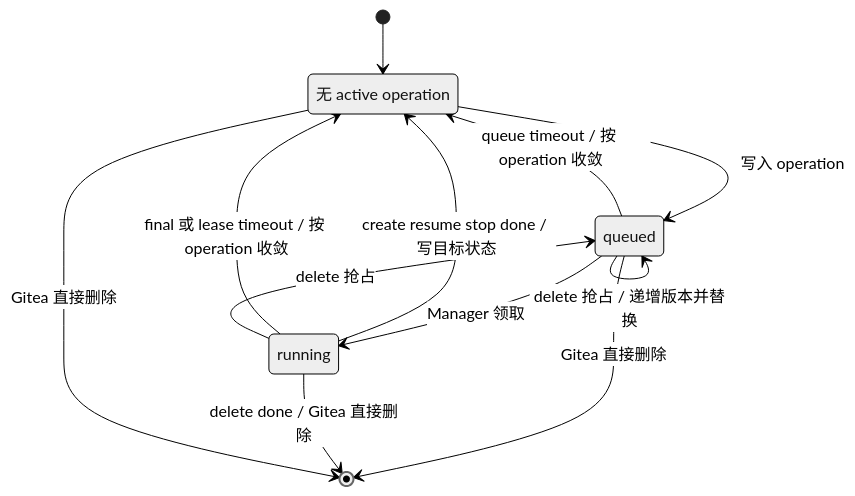
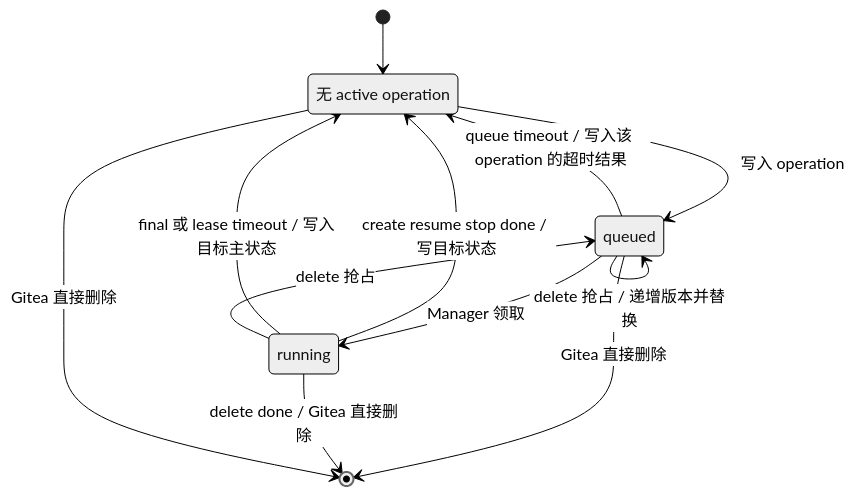
Before and after one commit to ExplodingDragon/gitea-dev: the second of 4 diagrams in src/state-machine.md, drawn with Mermaid (neutral theme). The commit also changed other lines of this file and 10 other files, not shown here.

````diff
--- a/src/state-machine.md
+++ b/src/state-machine.md
@@ -121,20 +121,20 @@
 ```mermaid
 stateDiagram-v2
     direction TB
 
     NoOp: 无 active operation
     Queued: queued
     Running: running
 
     [*] --> NoOp
     NoOp --> Queued: 写入 operation
     Queued --> Running: Manager 领取
-    Queued --> NoOp: queue timeout / 按 operation 收敛
+    Queued --> NoOp: queue timeout / 写入该 operation 的超时结果
     Queued --> Queued: delete 抢占 / 递增版本并替换
     Queued --> [*]: Gitea 直接删除
     Running --> NoOp: create resume stop done / 写目标状态
-    Running --> NoOp: final 或 lease timeout / 按 operation 收敛
+    Running --> NoOp: final 或 lease timeout / 写入目标主状态
     Running --> Queued: delete 抢占
     Running --> [*]: delete done / Gitea 直接删除
     NoOp --> [*]: Gitea 直接删除
 ```
````
